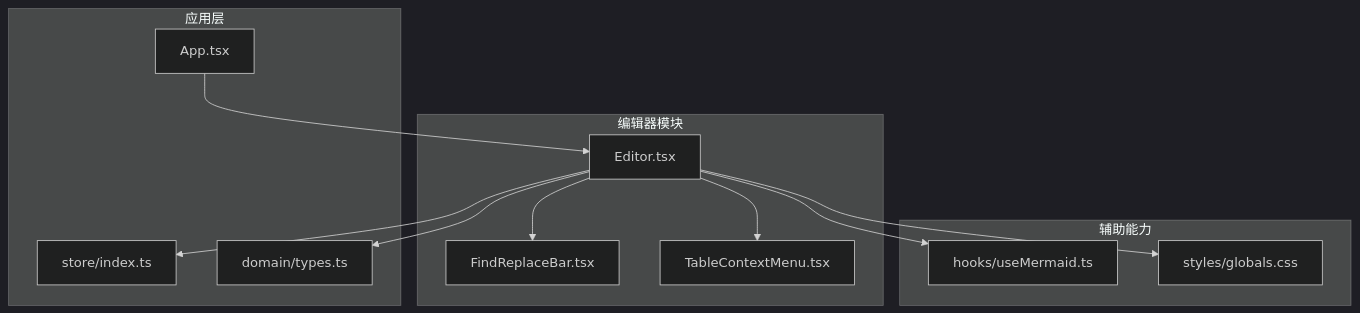
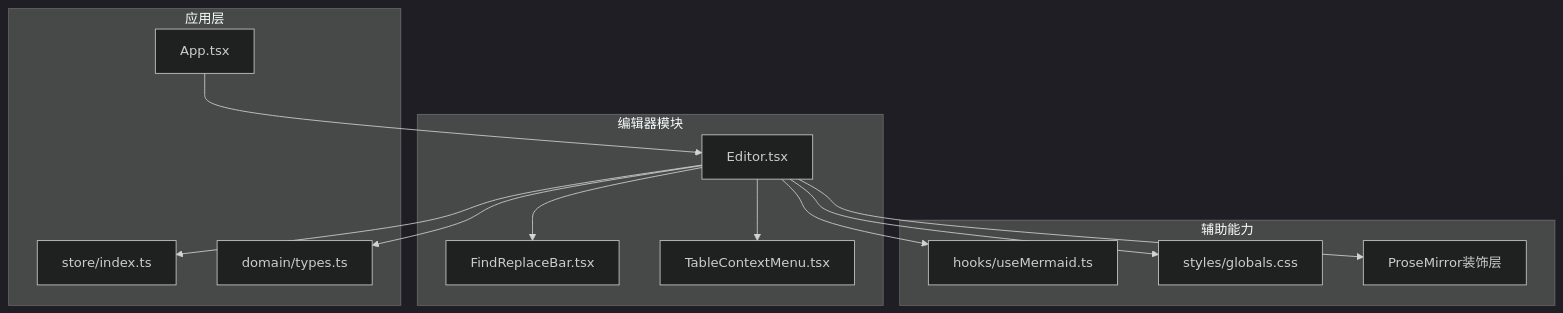
Before and after one commit to gongshiyun/ZenNote: the first of 7 diagrams in .qoder/repowiki/zh/content/核心组件/编辑器组件.md, drawn with Mermaid (dark theme). The commit also changed other lines of this file and 14 other files, not shown here.

````diff
--- a/.qoder/repowiki/zh/content/核心组件/编辑器组件.md
+++ b/.qoder/repowiki/zh/content/核心组件/编辑器组件.md
@@ -51,24 +52,26 @@
 ```mermaid
 graph TB
 subgraph "编辑器模块"
 E["Editor.tsx"]
 FR["FindReplaceBar.tsx"]
 TCM["TableContextMenu.tsx"]
 end
 subgraph "应用层"
 APP["App.tsx"]
 STORE["store/index.ts"]
 TYPES["domain/types.ts"]
 end
 subgraph "辅助能力"
 MERMAID["hooks/useMermaid.ts"]
 CSS["styles/globals.css"]
+PM["ProseMirror装饰层"]
 end
 APP --> E
 E --> FR
 E --> TCM
 E --> STORE
 E --> TYPES
 E --> MERMAID
 E --> CSS
+E --> PM
 ```
````
